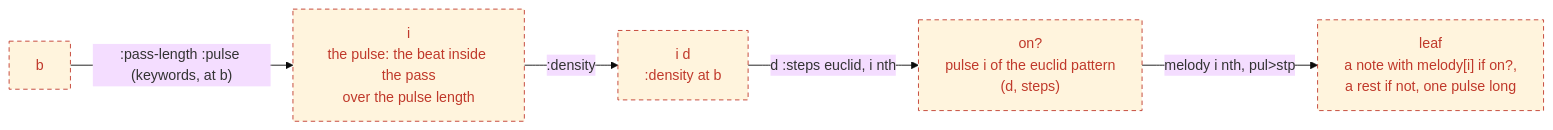
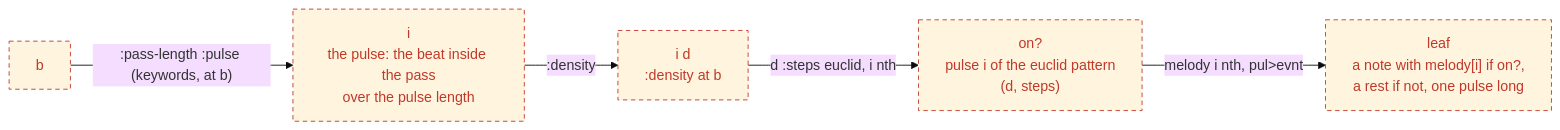
The second of 4 diagrams in doc/md/hoketus-dynamic.md (gebdevalk/musics), drawn with Mermaid (base theme) before and after one commit. The commit also changed other lines of this file and 13 other files, not shown here.

First line of the commit message:
ties are the engine's: one open note per voice, a tied rest holds it, render does the same; pul>stp is pul>evnt

````diff
--- a/doc/md/hoketus-dynamic.md
+++ b/doc/md/hoketus-dynamic.md
@@ -39,16 +39,16 @@
 ```mermaid
 flowchart LR
   s0["b"]
   s1["i<br/>the pulse: the beat inside the pass<br/>over the pulse length"]
   s2["i  d<br/>:density at b"]
   s3["on?<br/>pulse i of the euclid pattern<br/>(d, steps)"]
   s4["leaf<br/>a note with melody[i] if on?,<br/>a rest if not, one pulse long"]
 
   s0 -- ":pass-length :pulse (keywords, at b)" --> s1
   s1 -- ":density" --> s2
   s2 -- "d :steps euclid, i nth" --> s3
-  s3 -- "melody i nth, pul>stp" --> s4
+  s3 -- "melody i nth, pul>evnt" --> s4
 
   classDef planned stroke-dasharray: 5 4,stroke:#c0392b,color:#c0392b
   class s0,s1,s2,s3,s4 planned
 ```
````
